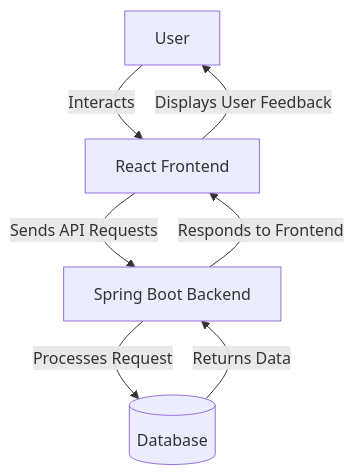
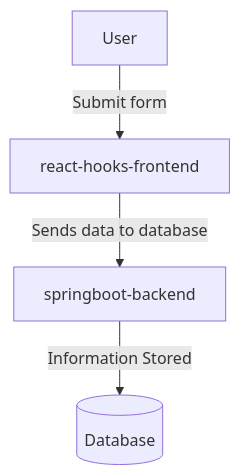
The second of 3 diagrams in 3-tier-application-task/README.md (Ranjitha75388/Tomcat), drawn with Mermaid before and after one commit. The commit also changed other lines of this file, not shown here.

````diff
--- a/3-tier-application-task/README.md
+++ b/3-tier-application-task/README.md
@@ -32,9 +41,6 @@
 ```mermaid
 flowchart TD
-    User[User] -->|Interacts| Frontend[React Frontend]
-    Frontend -->|Sends API Requests| Backend[Spring Boot Backend]
-    Backend -->|Processes Request| Database[(Database)]
-    Database -->|Returns Data| Backend
-    Backend -->|Responds to Frontend| Frontend
-    Frontend -->|Displays User Feedback| User
+    User[User] -->|Submit form| Frontend[react-hooks-frontend]
+    Frontend -->|Sends data to database| Backend[springboot-backend]
+    Backend -->|Information Stored| Database[(Database)]
 ```
````
